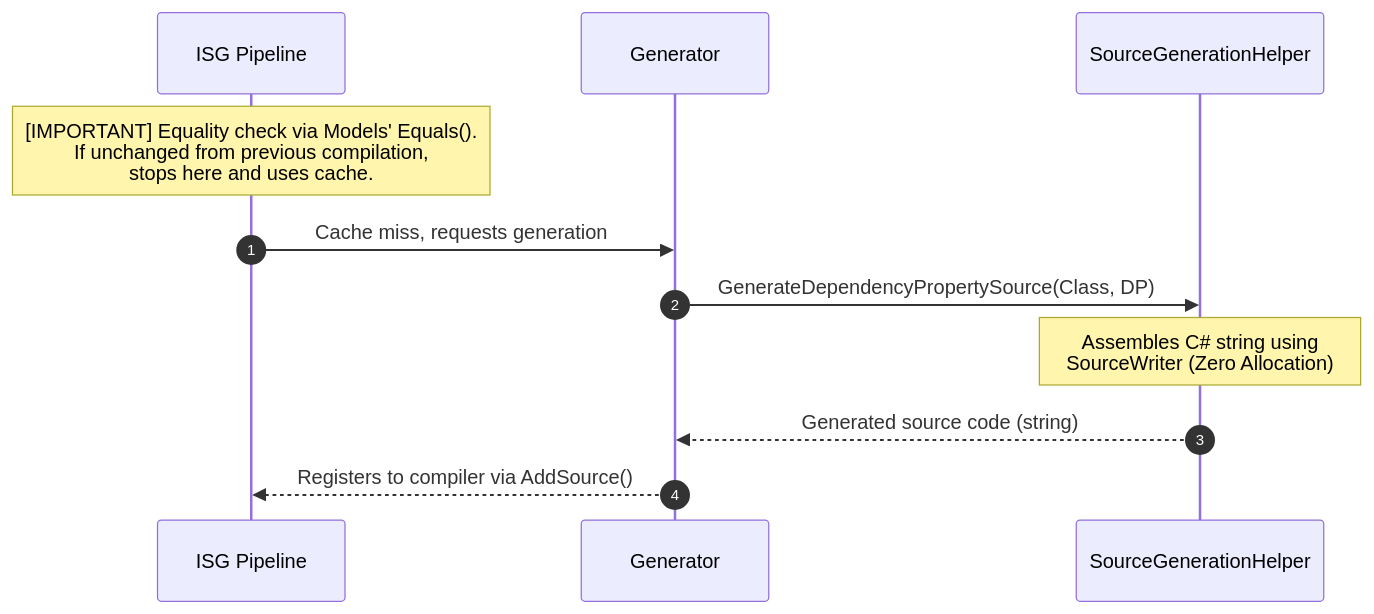
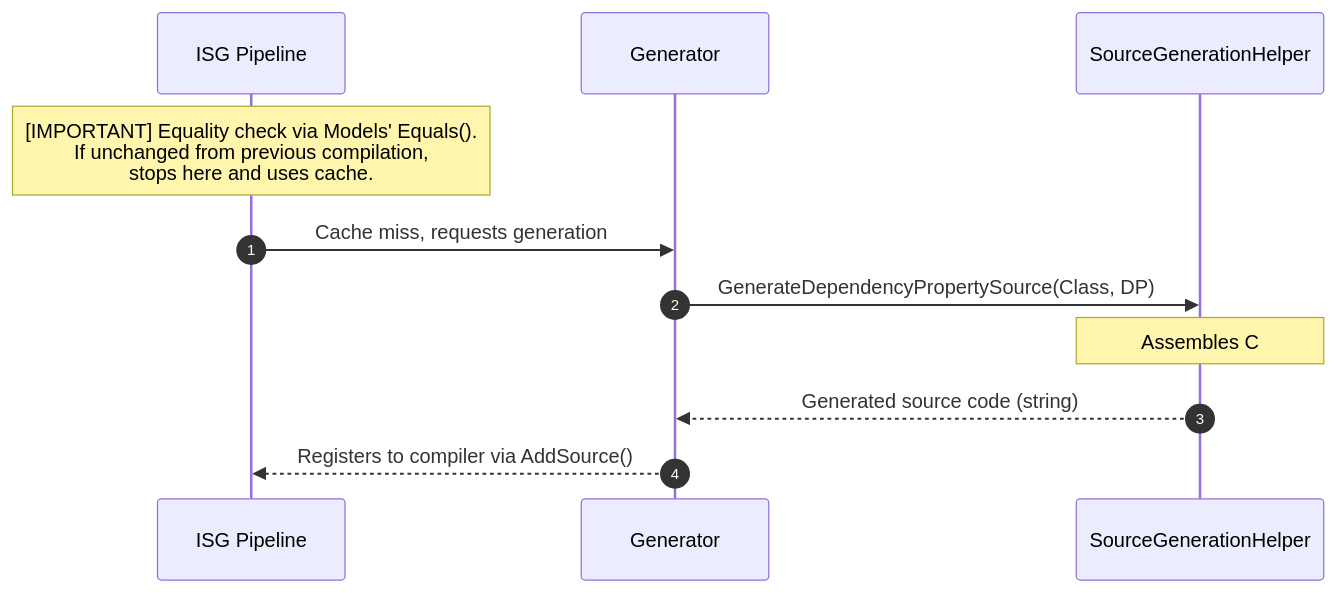
The sixth of 6 diagrams in spec/en/03_pipeline_architecture.md (kassyi/DependencyPropertyGenerator), drawn with Mermaid before and after one commit. The commit also changed other lines of this file and 8 other files, not shown here.

````diff
--- a/spec/en/03_pipeline_architecture.md
+++ b/spec/en/03_pipeline_architecture.md
@@ -220,17 +217,17 @@
 ```mermaid
 sequenceDiagram
     autonumber
     participant Roslyn as ISG Pipeline
     participant DPG as Generator
     participant Helper as SourceGenerationHelper
 
     %% Caching Phase
     Note over Roslyn: [IMPORTANT] Equality check via Models' Equals().<br/>If unchanged from previous compilation,<br/>stops here and uses cache.
-    
+
     %% Generation Phase
     Roslyn->>DPG: Cache miss, requests generation
     DPG->>Helper: GenerateDependencyPropertySource(Class, DP)
-    Note over Helper: Assembles C#35; string using<br/>SourceWriter (Zero Allocation)
+    Note over Helper: Assembles C# string using<br/>SourceWriter (Zero Allocation)
     Helper-->>DPG: Generated source code (string)
     DPG-->>Roslyn: Registers to compiler via AddSource()
 ```
````
